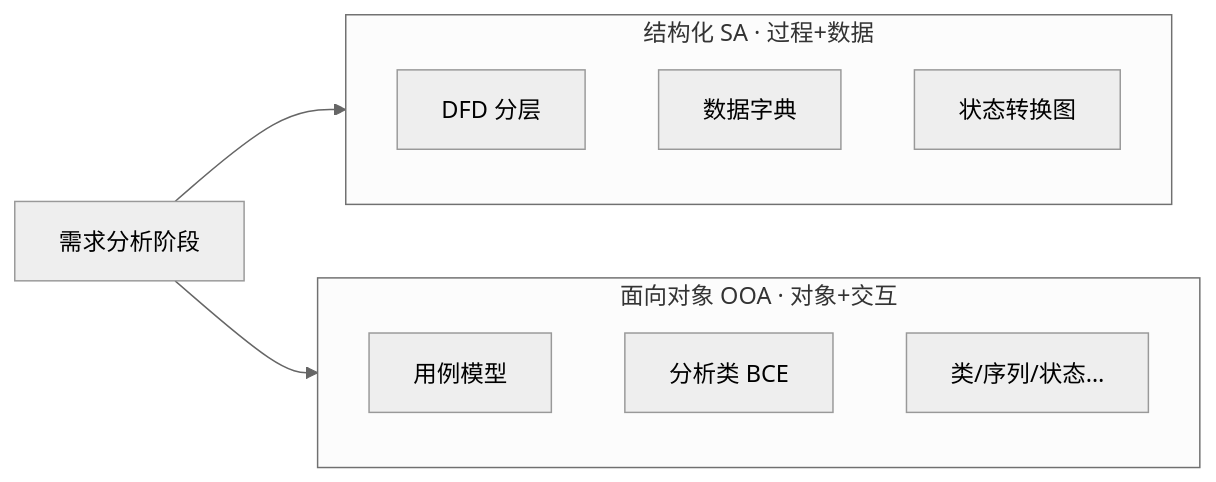
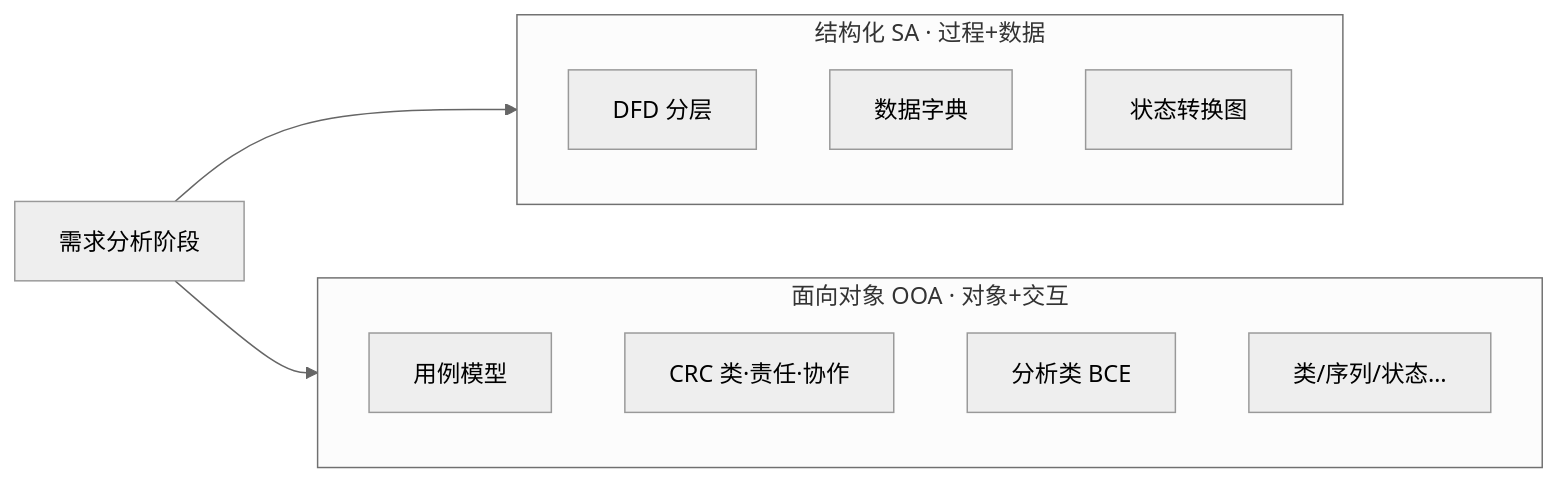
The second of 13 diagrams in public/kb/速查/结构化与面向对象分析-体系化学习路径.md (xiamengquan/sysanalyst-quiz), drawn with Mermaid (neutral theme) before and after one commit. The commit also changed other lines of this file and 17 other files, not shown here.

````diff
--- a/public/kb/速查/结构化与面向对象分析-体系化学习路径.md
+++ b/public/kb/速查/结构化与面向对象分析-体系化学习路径.md
@@ -55,15 +55,16 @@
 ```mermaid
 flowchart LR
   subgraph SA["结构化 SA · 过程+数据"]
     DFD[DFD 分层]
     DD[数据字典]
     STD[状态转换图]
   end
   subgraph OOA["面向对象 OOA · 对象+交互"]
     UC[用例模型]
+    CRC[CRC 类·责任·协作]
     AC[分析类 BCE]
     UML[类/序列/状态…]
   end
   Req[需求分析阶段] --> SA
   Req --> OOA
 ```
````
